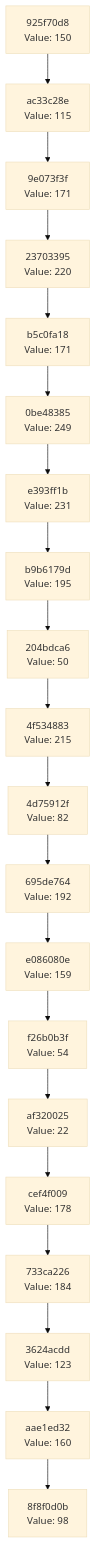
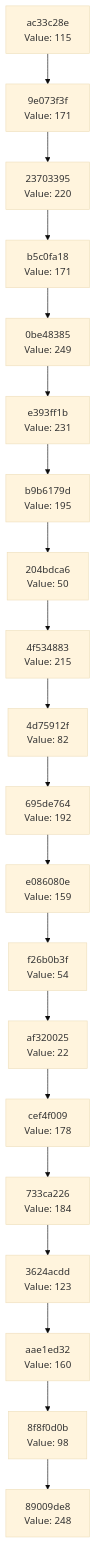
Before and after one commit to Abhisheksinha1506/hash-chain-evolver: the diagram in docs/CHAIN_VISUALIZATION.md, drawn with Mermaid (base theme). The commit also changed 3 other files, not shown here.

````diff
--- a/docs/CHAIN_VISUALIZATION.md
+++ b/docs/CHAIN_VISUALIZATION.md
@@ -3,42 +3,42 @@
 ```mermaid
 graph TD
-    C0["8f8f0d0b<br/>Value: 98"]
-    C1["aae1ed32<br/>Value: 160"]
+    C0["89009de8<br/>Value: 248"]
+    C1["8f8f0d0b<br/>Value: 98"]
     C1 --> C0
-    C2["3624acdd<br/>Value: 123"]
+    C2["aae1ed32<br/>Value: 160"]
     C2 --> C1
-    C3["733ca226<br/>Value: 184"]
+    C3["3624acdd<br/>Value: 123"]
     C3 --> C2
-    C4["cef4f009<br/>Value: 178"]
+    C4["733ca226<br/>Value: 184"]
     C4 --> C3
-    C5["af320025<br/>Value: 22"]
+    C5["cef4f009<br/>Value: 178"]
     C5 --> C4
-    C6["f26b0b3f<br/>Value: 54"]
+    C6["af320025<br/>Value: 22"]
     C6 --> C5
-    C7["e086080e<br/>Value: 159"]
+    C7["f26b0b3f<br/>Value: 54"]
     C7 --> C6
-    C8["695de764<br/>Value: 192"]
+    C8["e086080e<br/>Value: 159"]
     C8 --> C7
-    C9["4d75912f<br/>Value: 82"]
+    C9["695de764<br/>Value: 192"]
     C9 --> C8
-    C10["4f534883<br/>Value: 215"]
+    C10["4d75912f<br/>Value: 82"]
     C10 --> C9
-    C11["204bdca6<br/>Value: 50"]
+    C11["4f534883<br/>Value: 215"]
     C11 --> C10
-    C12["b9b6179d<br/>Value: 195"]
+    C12["204bdca6<br/>Value: 50"]
     C12 --> C11
-    C13["e393ff1b<br/>Value: 231"]
+    C13["b9b6179d<br/>Value: 195"]
     C13 --> C12
-    C14["0be48385<br/>Value: 249"]
+    C14["e393ff1b<br/>Value: 231"]
     C14 --> C13
-    C15["b5c0fa18<br/>Value: 171"]
+    C15["0be48385<br/>Value: 249"]
     C15 --> C14
-    C16["23703395<br/>Value: 220"]
+    C16["b5c0fa18<br/>Value: 171"]
     C16 --> C15
-    C17["9e073f3f<br/>Value: 171"]
+    C17["23703395<br/>Value: 220"]
     C17 --> C16
-    C18["ac33c28e<br/>Value: 115"]
+    C18["9e073f3f<br/>Value: 171"]
     C18 --> C17
-    C19["925f70d8<br/>Value: 150"]
+    C19["ac33c28e<br/>Value: 115"]
     C19 --> C18
 ```
````
